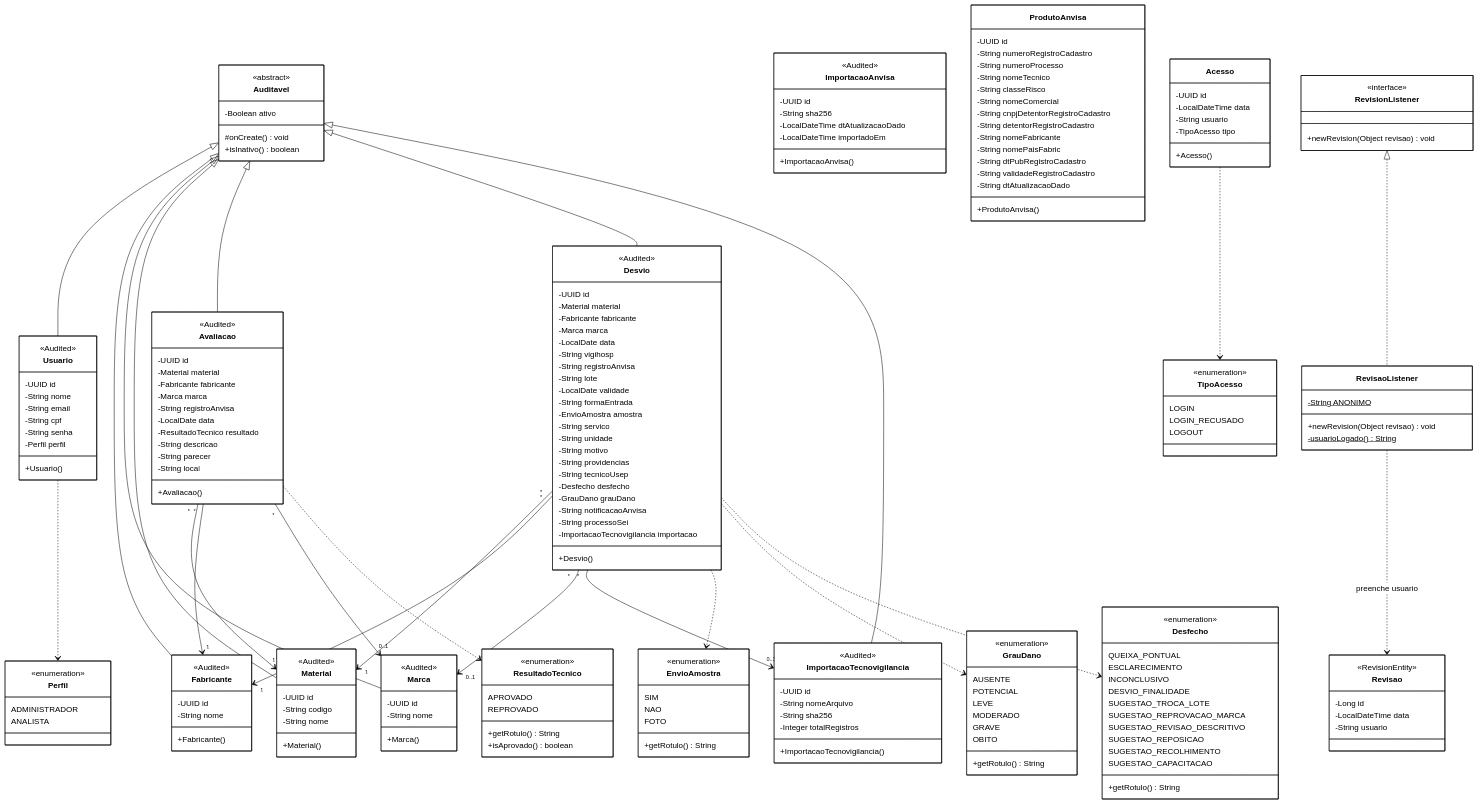
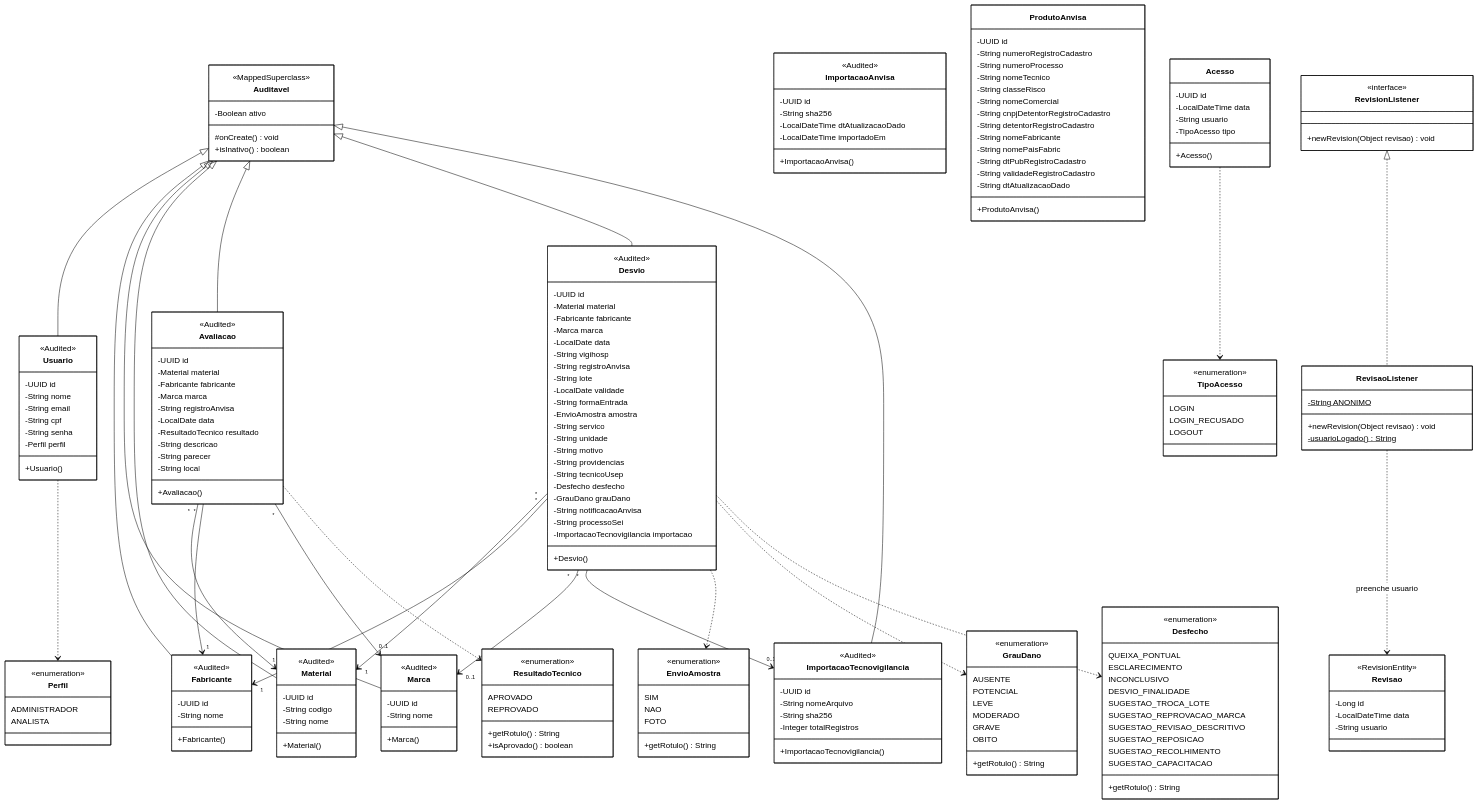
The diagram in docs/diagrama-classes.mmd (fe-fe/pid-hc), drawn with Mermaid before and after one commit. The commit also changed 44 other files, not shown here.

```diff
--- a/docs/diagrama-classes.mmd
+++ b/docs/diagrama-classes.mmd
@@ -18,8 +18,7 @@
     direction TB
 
     class Auditavel {
-        <<abstract>>
-        <<Audited>>
+        <<MappedSuperclass>>
         -Boolean ativo
         #onCreate() void
         +isInativo() boolean
```
